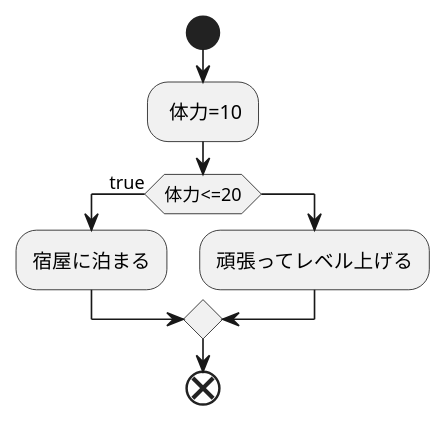
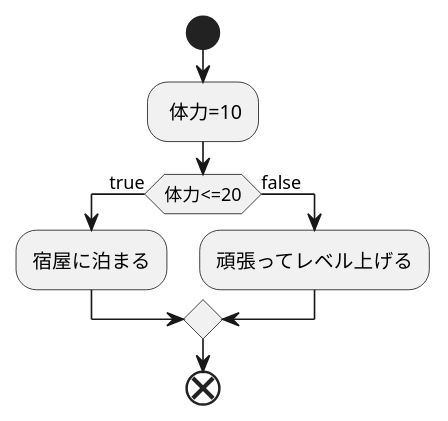
The diagram in tairyoku.md (Aso2001224/2021sys-design), drawn with PlantUML before and after one commit.

````diff
--- a/tairyoku.md
+++ b/tairyoku.md
@@ -1,13 +1,13 @@
 ```uml
 @startuml
 start
 : 体力=10;
 if(体力<=20)then(true)
 :宿屋に泊まる;
-else
+else(false)
 :頑張ってレベル上げる;
 endif
 end
 
 @enduml
 ```
````
